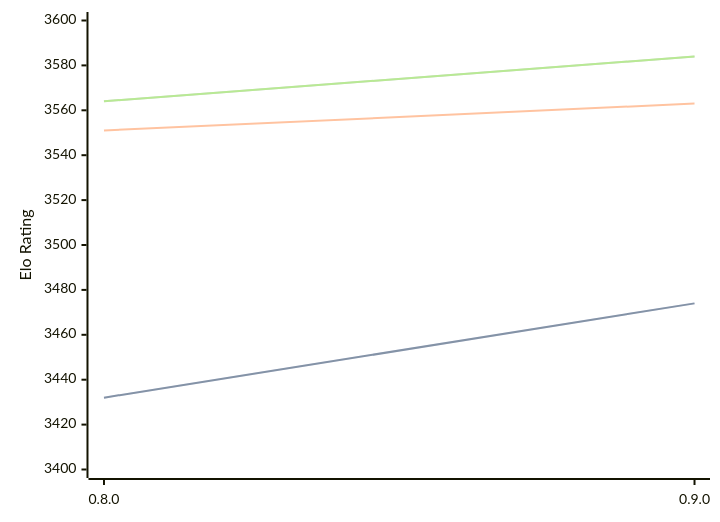
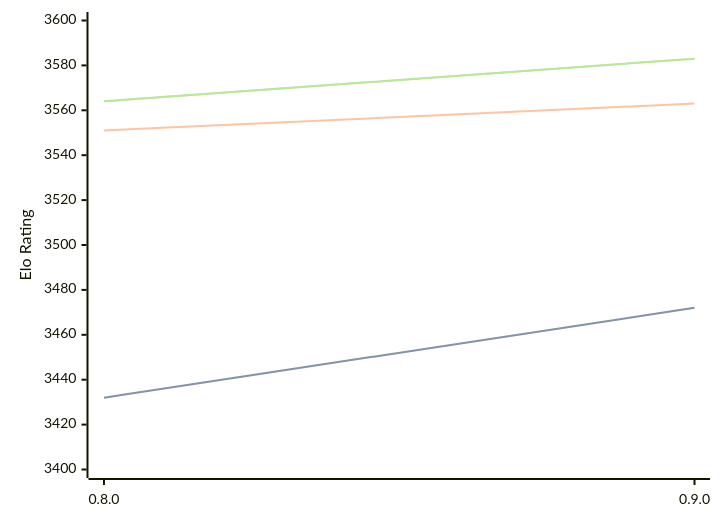
One commit to computer-chess-index/cci changed the diagram in engines/Reckless.md. Above: the diagram before and after it, drawn with Mermaid. The commit also changed other lines of this file, not shown here.

Commit message:
Update CCI Ratings (ELO VLTC) - 2026-08-02

````diff
--- a/engines/Reckless.md
+++ b/engines/Reckless.md
@@ -39,11 +39,11 @@
 ```mermaid
 %%{init: {"theme":"base","themeVariables":{"seriesColors:['#a3a3a3','#222221','#faa371']}}}%%
 xychart-beta
   x-axis ["0.8.0", "0.9.0"]
   y-axis "Elo Rating" 3400 --> 3600
-  line "STC (8.0+0.08s)" [3432, 3474]
-  line "STC (8.0+0.08s)" [3432, 3474]
+  line "STC (8.0+0.08s)" [3432, 3472]
+  line "STC (8.0+0.08s)" [3432, 3472]
   line "LTC (60.0+0.60s)" [3551, 3563]
-  line "VLTC (2m24s+1.12s)" [3564, 3584]
-  line "VLTC (2m24s+1.12s)" [3564, 3584]
+  line "VLTC (2m24s+1.12s)" [3564, 3583]
+  line "VLTC (2m24s+1.12s)" [3564, 3583]
 ```
````
